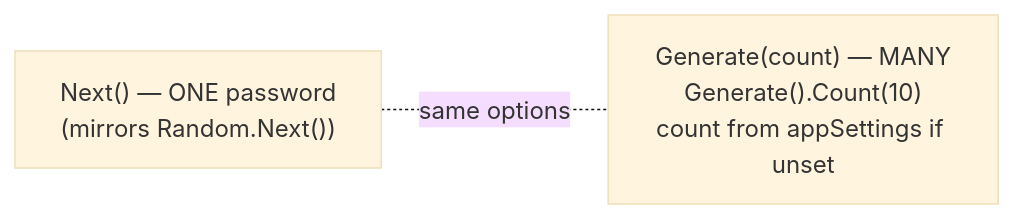
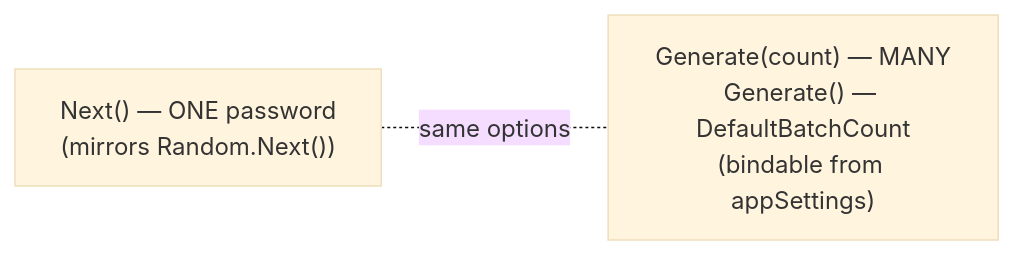
One commit to prjseal/PasswordGenerator changed the second of 4 diagrams in docs/v3-target/api-surface.md. Above: the diagram before and after it, drawn with Mermaid (base theme). The commit also changed other lines of this file and 7 other files, not shown here.

````diff
--- a/docs/v3-target/api-surface.md
+++ b/docs/v3-target/api-surface.md
@@ -37,6 +42,6 @@
 ```mermaid
 flowchart LR
     N["Next() — ONE password<br/>(mirrors Random.Next())"]
-    G["Generate(count) — MANY<br/>Generate().Count(10)<br/>count from appSettings if unset"]
+    G["Generate(count) — MANY<br/>Generate() — DefaultBatchCount<br/>(bindable from appSettings)"]
     N -. same options .- G
 ```
````
